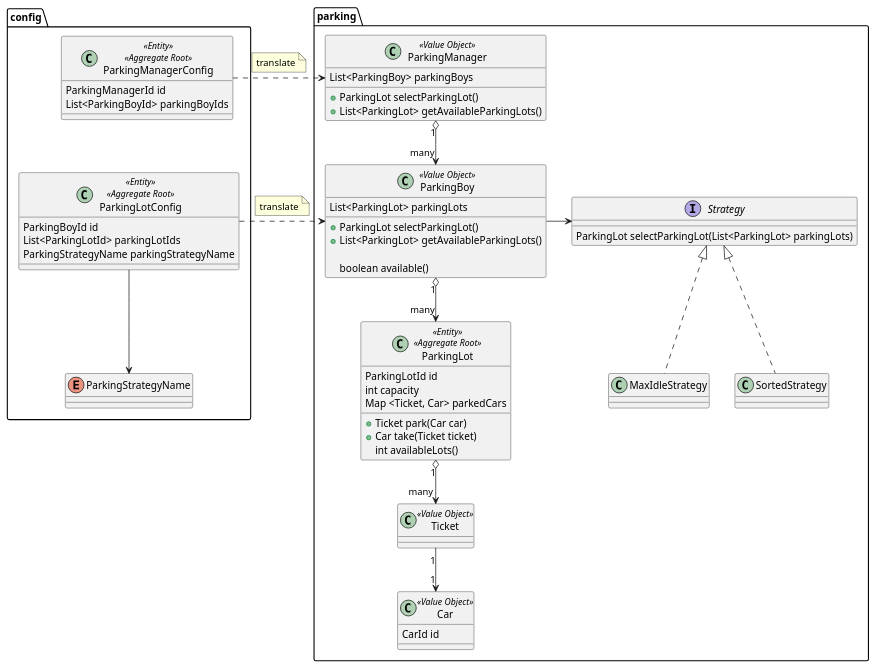
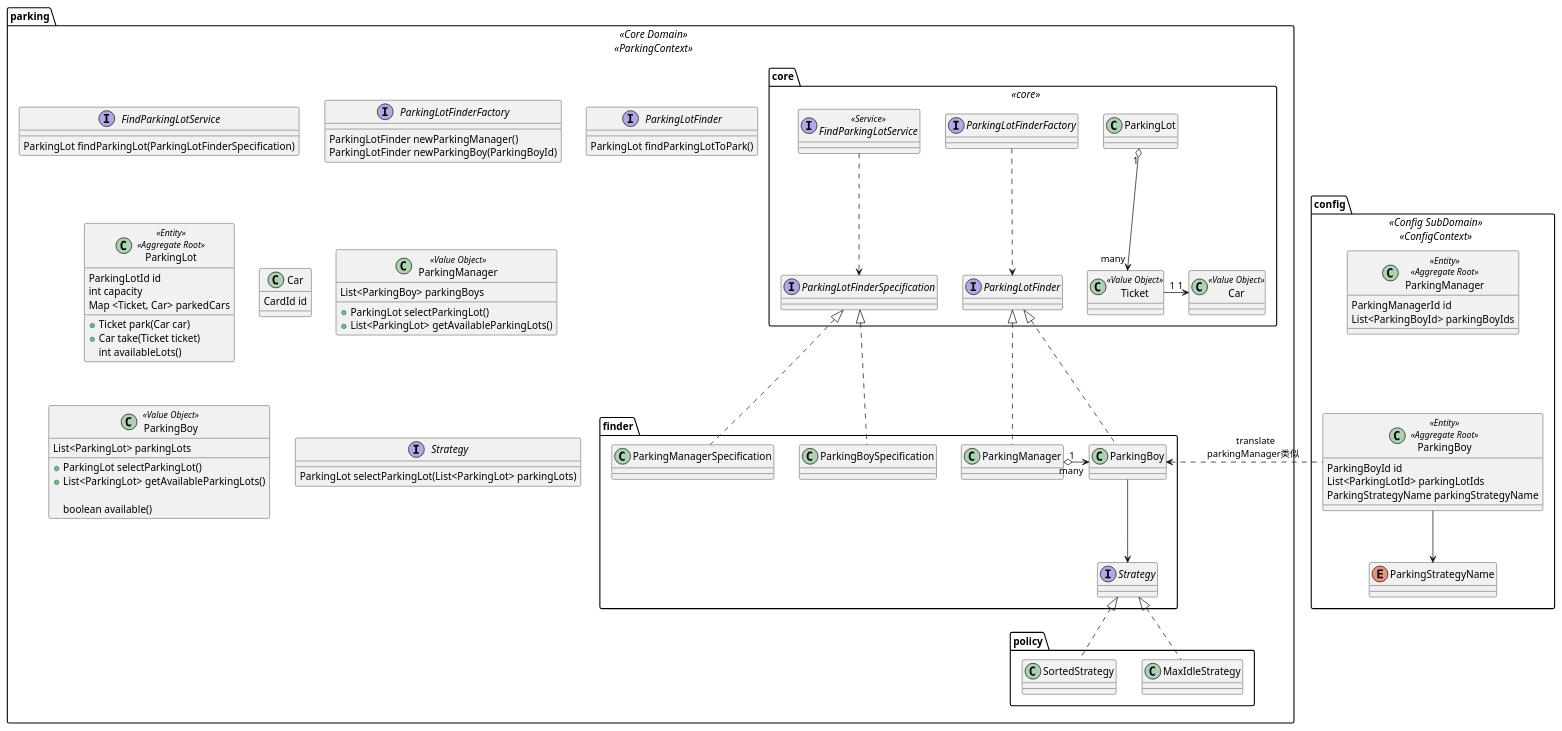
One commit to dlstonedl/ddd-practice changed the diagram in src/main/resources/plantuml/ParkingLotsManagement.puml. Above: the diagram before and after it, drawn with PlantUML. The commit also changed 2 other files, not shown here.

Commit message:
update uml

```diff
--- a/src/main/resources/plantuml/ParkingLotsManagement.puml
+++ b/src/main/resources/plantuml/ParkingLotsManagement.puml
@@ -1,79 +1,113 @@
 @startuml
 
-package config {
-  class ParkingManagerConfig <<Entity>> <<Aggregate Root>> {
+namespace config <<Config SubDomain>> <<ConfigContext>> {
+  class ParkingManager <<Entity>> <<Aggregate Root>> {
      ParkingManagerId id
      List<ParkingBoyId> parkingBoyIds
   }
-
-  ParkingManagerConfig --[hidden] ParkingLotConfig
-
-  class ParkingLotConfig <<Entity>> <<Aggregate Root>> {
+  class ParkingBoy <<Entity>> <<Aggregate Root>> {
     ParkingBoyId id
     List<ParkingLotId> parkingLotIds
     ParkingStrategyName parkingStrategyName
   }
+  enum ParkingStrategyName
+  ParkingBoy --> ParkingStrategyName
 
-  enum ParkingStrategyName
-  ParkingLotConfig --> ParkingStrategyName
+  ParkingManager --[hidden] ParkingBoy
 }
 
+package parking <<Core Domain>> <<ParkingContext>>{
+  package core <<core>> {
+    interface FindParkingLotService <<Service>>
+    interface ParkingLotFinderSpecification
+    interface ParkingLotFinderFactory
+    interface ParkingLotFinder
+    class ParkingLot
+    Class Ticket <<Value Object>>
+    class Car <<Value Object>>
 
-package parking {
+    FindParkingLotService .down.> ParkingLotFinderSpecification
+    ParkingLotFinderFactory .down.> ParkingLotFinder
+    ParkingLot "1" o-down-> "many" Ticket
+    Ticket "1" -right-> "1" Car
+
+    FindParkingLotService  -[hidden]right-  ParkingLotFinderFactory
+    ParkingLotFinderFactory -[hidden]right- ParkingLot
+  }
+
+  package finder {
+    class ParkingManager
+    class ParkingBoy
+    class ParkingManagerSpecification
+    class ParkingBoySpecification
+    interface Strategy
+
+    ParkingManager ..up|> ParkingLotFinder
+    ParkingBoy ..up|> ParkingLotFinder
+
+    ParkingManager  "1" o--right> "many" ParkingBoy
+    ParkingBoy -down-> Strategy
+
+    ParkingManagerSpecification ..up|> ParkingLotFinderSpecification
+    ParkingBoySpecification ..up|> ParkingLotFinderSpecification
+
+    config.ParkingBoy ..left> ParkingBoy :"         translate\n        parkingManager类似 "
+  }
+
+  package policy {
+    class SortedStrategy
+    class MaxIdleStrategy
+
+    SortedStrategy ..up|> Strategy
+    MaxIdleStrategy ..up|> Strategy
+  }
+
+  interface FindParkingLotService {
+      ParkingLot findParkingLot(ParkingLotFinderSpecification)
+  }
+
+  interface ParkingLotFinderFactory {
+    ParkingLotFinder newParkingManager()
+    ParkingLotFinder newParkingBoy(ParkingBoyId)
+  }
+
+  interface ParkingLotFinder {
+    ParkingLot findParkingLotToPark()
+  }
+
+  class ParkingLot <<Entity>> <<Aggregate Root>> {
+      ParkingLotId id
+      int capacity
+      Map <Ticket, Car> parkedCars
+
+      + Ticket park(Car car)
+      + Car take(Ticket ticket)
+      int availableLots()
+  }
+
+  Class Car {
+    CardId id
+  }
+
   class ParkingManager <<Value Object>> {
     List<ParkingBoy> parkingBoys
 
     + ParkingLot selectParkingLot()
     + List<ParkingLot> getAvailableParkingLots()
   }
-  ParkingManagerConfig .> ParkingManager
-  note top on link
-    translate
-  end note
-  ParkingManager  "1" o--> "many" ParkingBoy
 
   class ParkingBoy <<Value Object>> {
     List<ParkingLot> parkingLots
 
     + ParkingLot selectParkingLot()
     + List<ParkingLot> getAvailableParkingLots()
 
     boolean available()
 
   }
-  ParkingLotConfig .> ParkingBoy
-  note top on link
-    translate
-  end note
 
   interface Strategy {
     ParkingLot selectParkingLot(List<ParkingLot> parkingLots)
   }
-  class SortedStrategy
-  class MaxIdleStrategy
-  Strategy <|.. SortedStrategy
-  Strategy <|.. MaxIdleStrategy
-  ParkingBoy -> Strategy
-
-  class ParkingLot <<Entity>> <<Aggregate Root>> {
-    ParkingLotId id
-    int capacity
-    Map <Ticket, Car> parkedCars
-
-    + Ticket park(Car car)
-    + Car take(Ticket ticket)
-    int availableLots()
-  }
-
-  Class Car <<Value Object>> {
-      CarId id
-  }
-
-  Class Ticket <<Value Object>> {
-  }
-
-  Ticket "1" --> "1" Car
-  ParkingLot "1" o--> "many" Ticket
-  ParkingBoy "1" o--> "many" ParkingLot
 }
 @enduml
```
